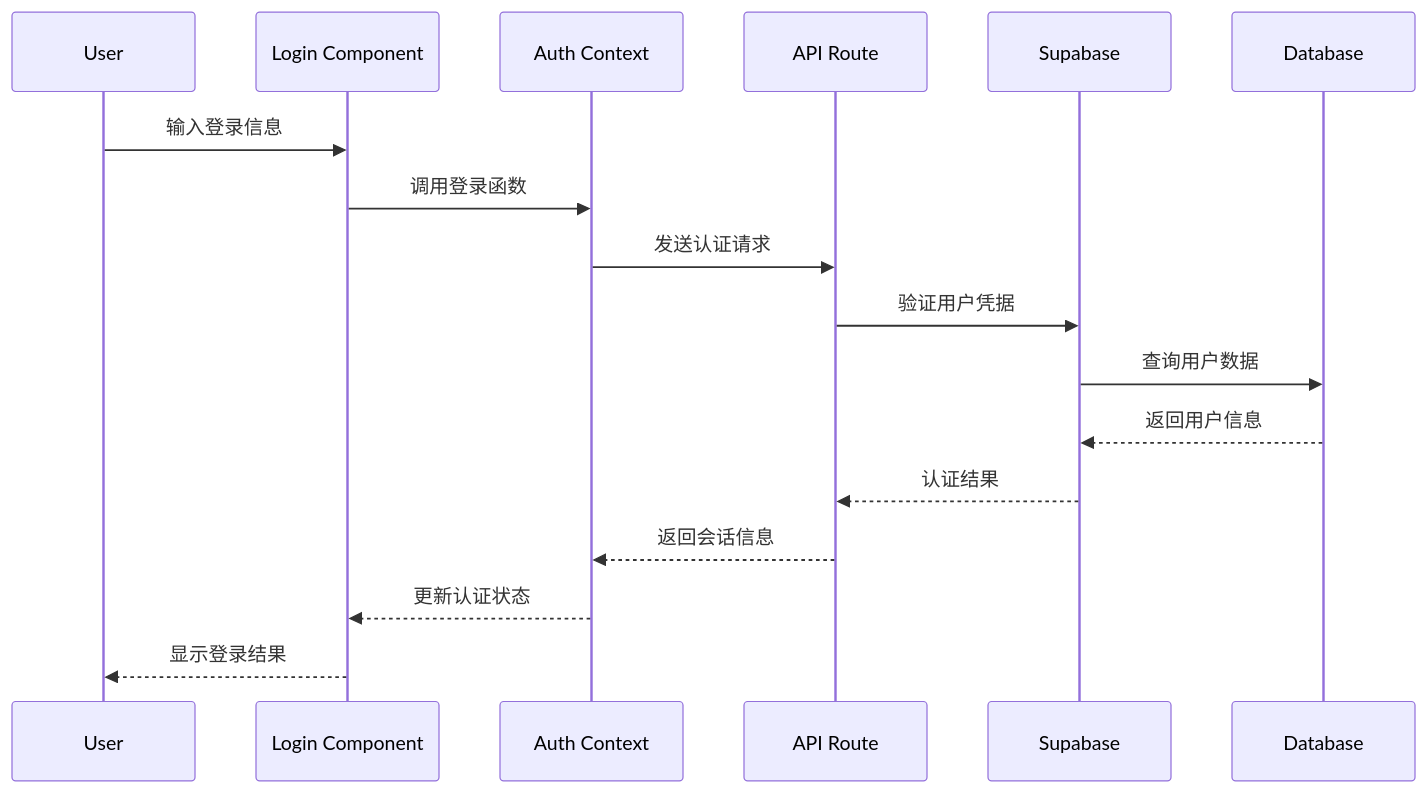
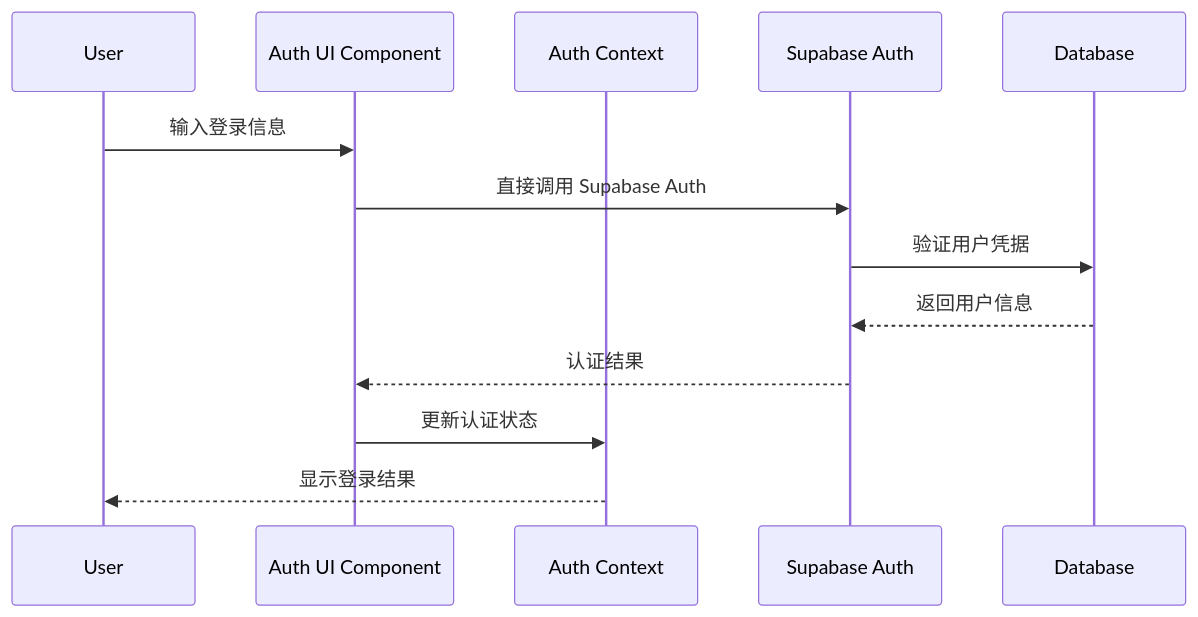
The first of 2 diagrams in docs/spec/user-auth/design.md (warren-wupeng/areo-gallery), drawn with Mermaid before and after one commit. The commit also changed other lines of this file and 34 other files, not shown here.

Commit message:
新增航空摄影图库项目的Docker配置文件和部署指南，包含Dockerfile、.dockerignore、fly.toml等，旨在简化项目的容器化部署流程，并提供详细的Fly.io部署步骤和环境变量设置，提升开发和运维效率。

````diff
--- a/docs/spec/user-auth/design.md
+++ b/docs/spec/user-auth/design.md
@@ -50,20 +47,16 @@
 ```mermaid
 sequenceDiagram
     participant U as User
-    participant LC as Login Component
+    participant AUI as Auth UI Component
     participant AC as Auth Context
-    participant API as API Route
-    participant S as Supabase
+    participant SA as Supabase Auth
     participant DB as Database
     
-    U->>LC: 输入登录信息
-    LC->>AC: 调用登录函数
-    AC->>API: 发送认证请求
-    API->>S: 验证用户凭据
-    S->>DB: 查询用户数据
-    DB-->>S: 返回用户信息
-    S-->>API: 认证结果
-    API-->>AC: 返回会话信息
-    AC-->>LC: 更新认证状态
-    LC-->>U: 显示登录结果
+    U->>AUI: 输入登录信息
+    AUI->>SA: 直接调用 Supabase Auth
+    SA->>DB: 验证用户凭据
+    DB-->>SA: 返回用户信息
+    SA-->>AUI: 认证结果
+    AUI->>AC: 更新认证状态
+    AC-->>U: 显示登录结果
 ```
````
